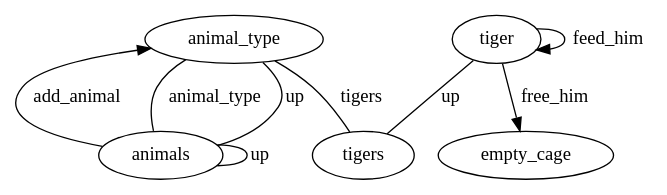
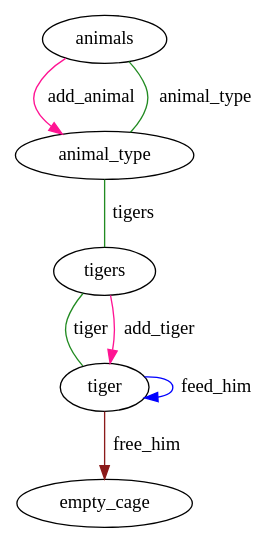
The diagram in examples/zoo/zoo.dot (mooreniemi/pica), drawn with Graphviz before and after one commit. The commit also changed 7 other files, not shown here.

```diff
--- a/examples/zoo/zoo.dot
+++ b/examples/zoo/zoo.dot
@@ -1,19 +1,17 @@
 digraph {
 	
-	  animal_type -> tigers [label="tigers" dir="none"];
+	  animal_type -> tigers [label="tigers" dir="none" color="forestgreen"];
   
-	  animal_type -> animals [label="up" dir="none"];
+	  animals -> animal_type [label="add_animal" dir="" color="deeppink"];
   
-	  animals -> animal_type [label="add_animal" dir=""];
+	  animals -> animal_type [label="animal_type" dir="none" color="forestgreen"];
   
-	  animals -> animal_type [label="animal_type" dir="none"];
+	  tiger -> empty_cage [label="free_him" dir="" color="firebrick4"];
   
-	  animals -> animals [label="up" dir="none"];
+	  tiger -> tiger [label="feed_him" dir="" color="blue"];
   
-	  tiger -> empty_cage [label="free_him" dir=""];
+	  tigers -> tiger [label="tiger" dir="none" color="forestgreen"];
   
-	  tiger -> tiger [label="feed_him" dir=""];
-  
-	  tiger -> tigers [label="up" dir="none"];
+	  tigers -> tiger [label="add_tiger" dir="" color="deeppink"];
   
 }
```
